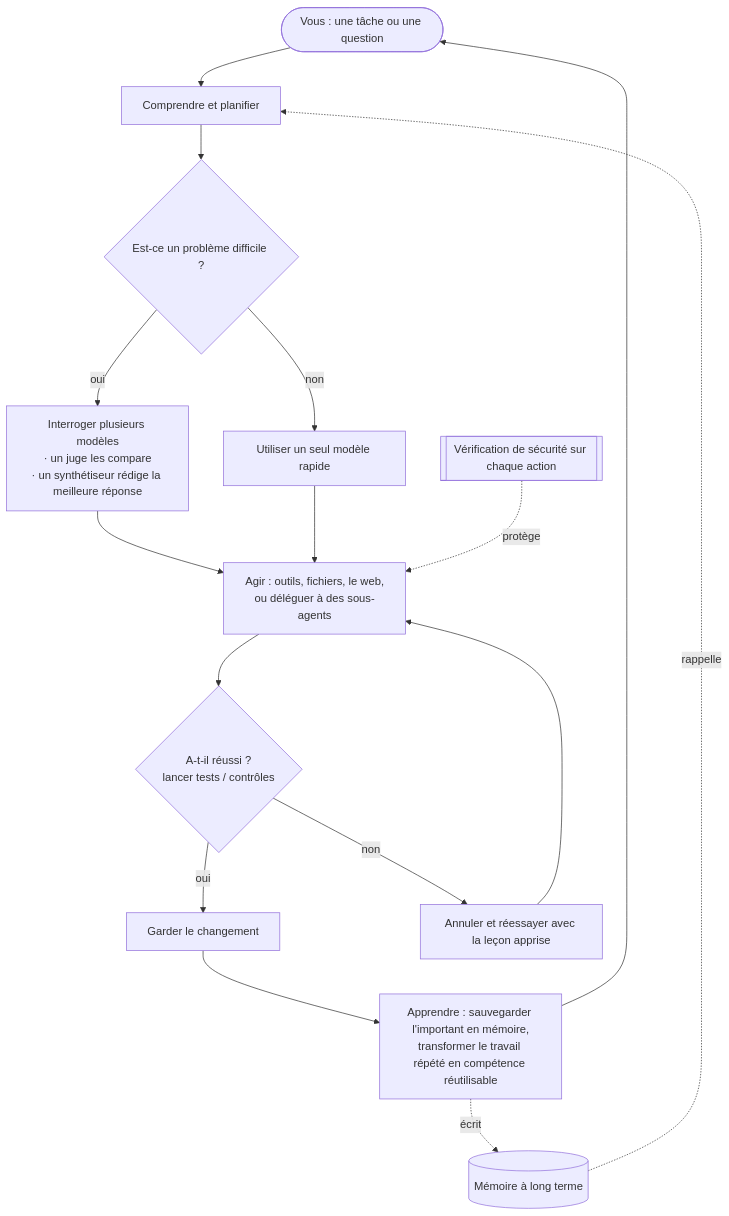
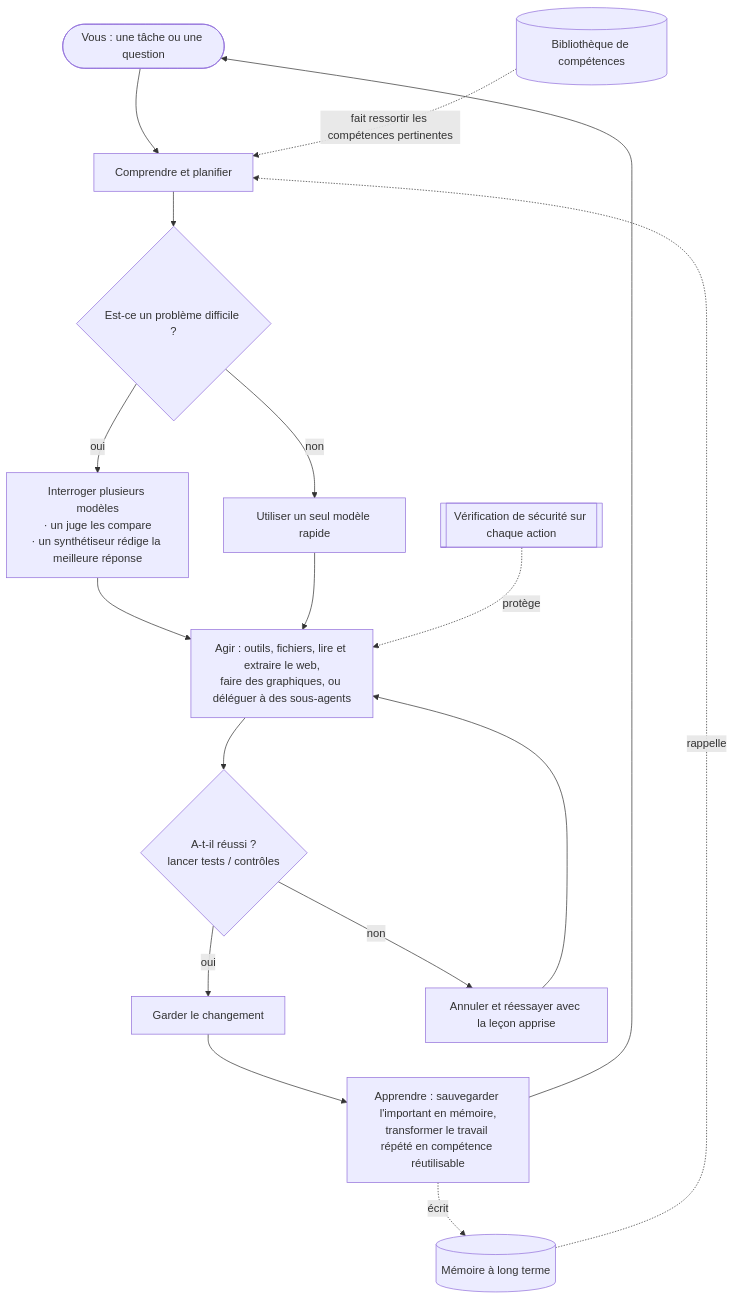
The diagram in README.fr.md (brcampidelli/chimera-agent), drawn with Mermaid before and after one commit. The commit also changed other lines of this file and 6 other files, not shown here.

````diff
--- a/README.fr.md
+++ b/README.fr.md
@@ -185,18 +187,19 @@
 ```mermaid
 flowchart TD
     U([Vous : une tâche ou une question]) --> P[Comprendre et planifier]
     P --> Q{Est-ce un problème difficile ?}
     Q -- oui --> FUSION[Interroger plusieurs modèles<br/>· un juge les compare<br/>· un synthétiseur rédige la meilleure réponse]
     Q -- non --> ONE[Utiliser un seul modèle rapide]
-    FUSION --> ACT[Agir : outils, fichiers, le web,<br/>ou déléguer à des sous-agents]
+    FUSION --> ACT[Agir : outils, fichiers, lire et extraire le web,<br/>faire des graphiques, ou déléguer à des sous-agents]
     ONE --> ACT
     ACT --> V{A-t-il réussi ?<br/>lancer tests / contrôles}
     V -- oui --> KEEP[Garder le changement]
     V -- non --> REVERT[Annuler et réessayer avec la leçon apprise]
     REVERT --> ACT
     KEEP --> LEARN[Apprendre : sauvegarder l'important en mémoire,<br/>transformer le travail répété en compétence réutilisable]
     LEARN --> U
     MEM[(Mémoire à long terme)] -. rappelle .-> P
     LEARN -. écrit .-> MEM
+    SKILLS[(Bibliothèque de compétences)] -. fait ressortir les compétences pertinentes .-> P
     GOV[[Vérification de sécurité sur chaque action]] -. protège .-> ACT
 ```
````
